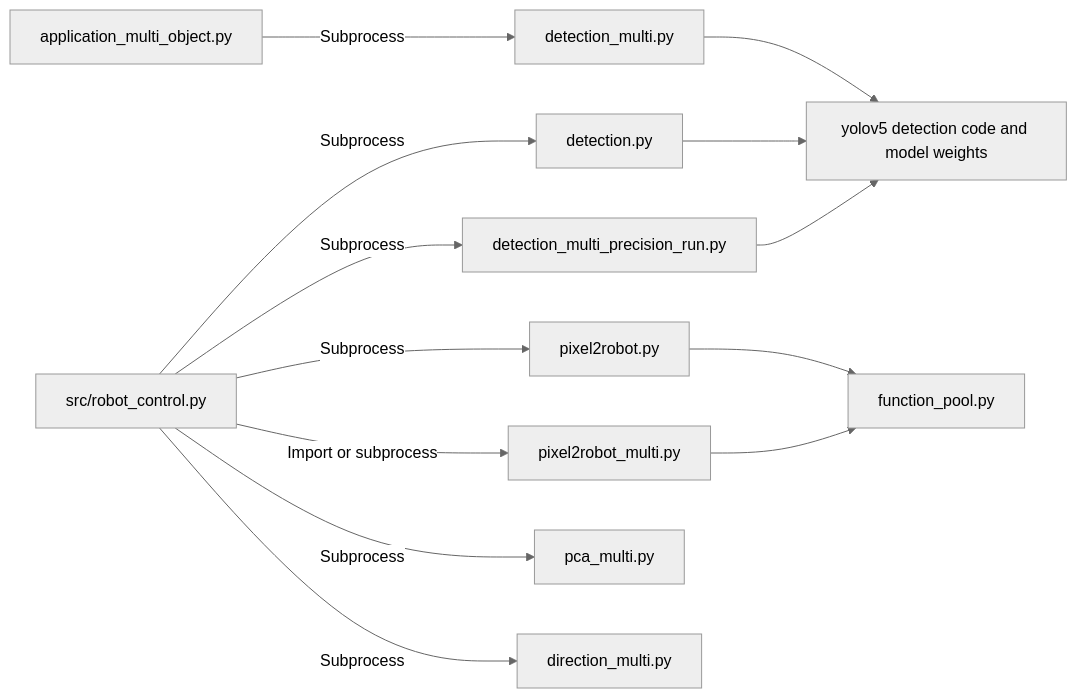
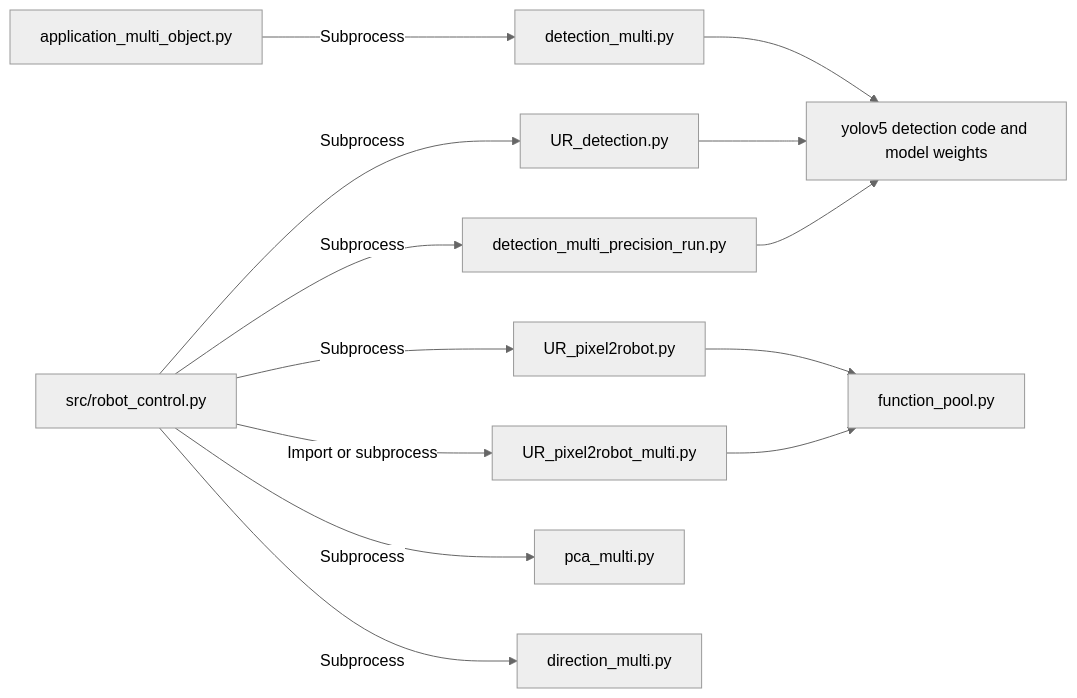
One commit to Gaurang8200/MASTER_THESIS changed the fourth of 8 diagrams in UR_Audio_Steuerung_Using_LLM/OLD_NEW_SCRIPT_COMMUNICATION.md. Above: the diagram before and after it, drawn with Mermaid (neutral theme). The commit also changed other lines of this file and 107 other files, not shown here.

````diff
--- a/UR_Audio_Steuerung_Using_LLM/OLD_NEW_SCRIPT_COMMUNICATION.md
+++ b/UR_Audio_Steuerung_Using_LLM/OLD_NEW_SCRIPT_COMMUNICATION.md
@@ -124,29 +124,29 @@
 ```mermaid
 flowchart LR
     NewApp["application_multi_object.py"]
     NewRobot["src/robot_control.py"]
 
     OldMultiDetection["detection_multi.py"]
-    OldDetection["detection.py"]
-    OldPixel["pixel2robot.py"]
-    OldPixelMulti["pixel2robot_multi.py"]
+    OldDetection["UR_detection.py"]
+    OldPixel["UR_pixel2robot.py"]
+    OldPixelMulti["UR_pixel2robot_multi.py"]
     OldPrecision["detection_multi_precision_run.py"]
     OldPCA["pca_multi.py"]
     OldDirection["direction_multi.py"]
     OldMath["function_pool.py"]
     YOLO["yolov5 detection code and model weights"]
 
     NewApp -->|Subprocess| OldMultiDetection
     NewRobot -->|Subprocess| OldDetection
     NewRobot -->|Subprocess| OldPixel
     NewRobot -->|Import or subprocess| OldPixelMulti
     NewRobot -->|Subprocess| OldPrecision
     NewRobot -->|Subprocess| OldPCA
     NewRobot -->|Subprocess| OldDirection
 
     OldMultiDetection --> YOLO
     OldDetection --> YOLO
     OldPrecision --> YOLO
     OldPixel --> OldMath
     OldPixelMulti --> OldMath
 ```
````
